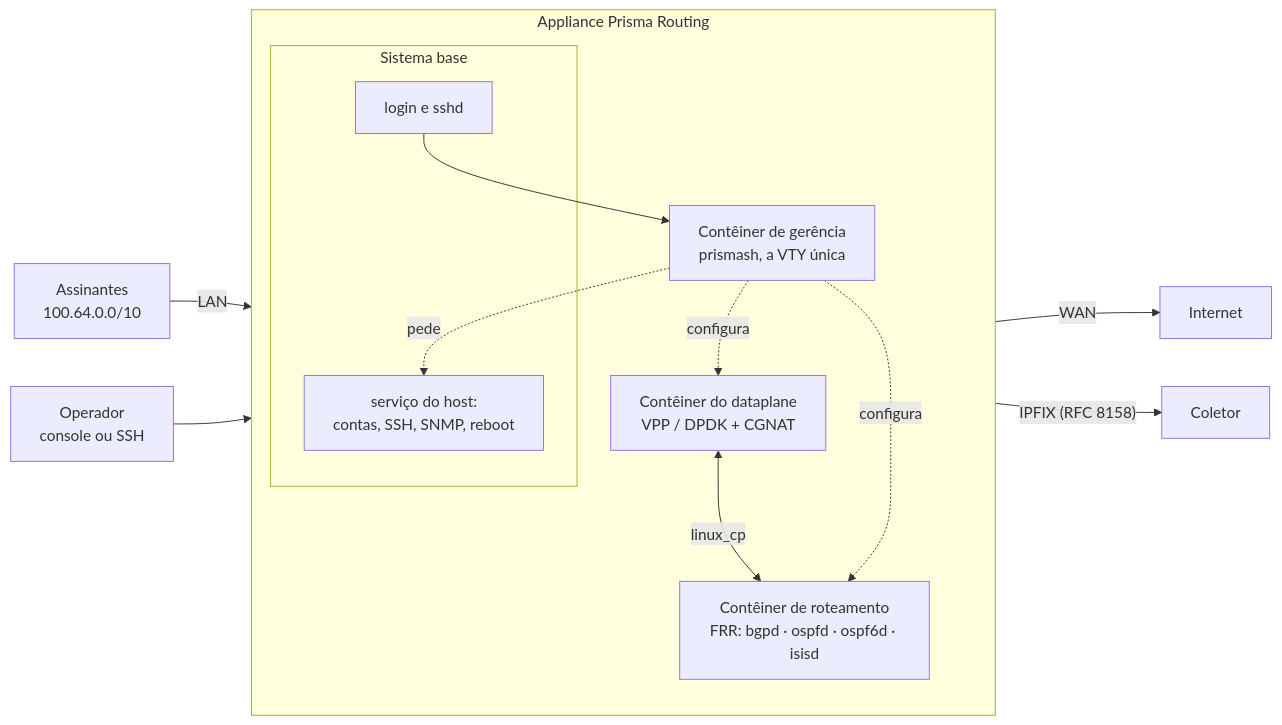
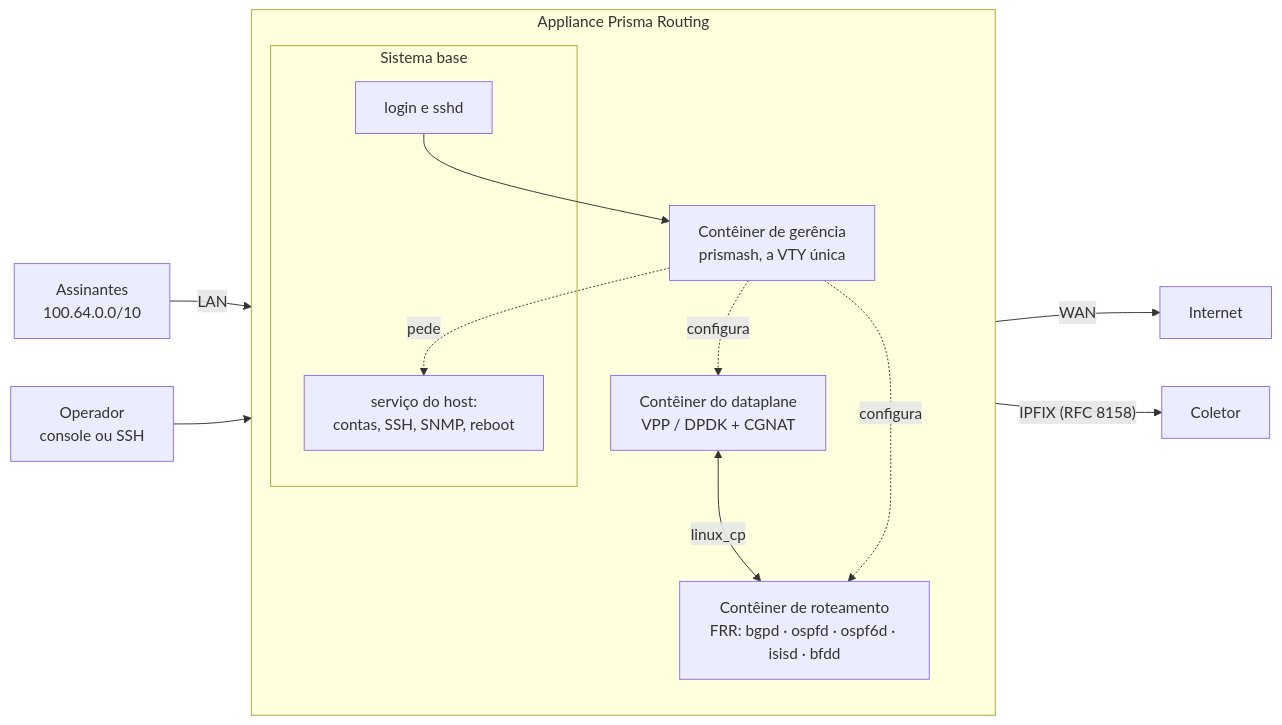
The diagram in wiki/entender-o-produto/prisma-routing-visao-geral.md (andrediashexa/prismarouting), drawn with Mermaid before and after one commit. The commit also changed other lines of this file and 101 other files, not shown here.

````diff
--- a/wiki/entender-o-produto/prisma-routing-visao-geral.md
+++ b/wiki/entender-o-produto/prisma-routing-visao-geral.md
@@ -20,22 +20,22 @@
 ```mermaid
 flowchart LR
     SUB["Assinantes<br/>100.64.0.0/10"] -->|LAN| VPP
     OP["Operador<br/>console ou SSH"] --> LOGIN
     subgraph BOX["Appliance Prisma Routing"]
         direction TB
         subgraph HOST["Sistema base"]
             LOGIN["login e sshd"]
             DOORS["serviço do host:<br/>contas, SSH, SNMP, reboot"]
         end
         VPP["Contêiner do dataplane<br/>VPP / DPDK + CGNAT"]
-        FRR["Contêiner de roteamento<br/>FRR: bgpd · ospfd · ospf6d · isisd"]
+        FRR["Contêiner de roteamento<br/>FRR: bgpd · ospfd · ospf6d · isisd · bfdd"]
         VTY["Contêiner de gerência<br/>prismash, a VTY única"]
         LOGIN --> VTY
         VPP <-->|"linux_cp"| FRR
         VTY -.->|configura| VPP
         VTY -.->|configura| FRR
         VTY -.->|pede| DOORS
     end
     VPP -->|WAN| NET["Internet"]
     VPP -->|"IPFIX (RFC 8158)"| COL["Coletor"]
 ```
````
